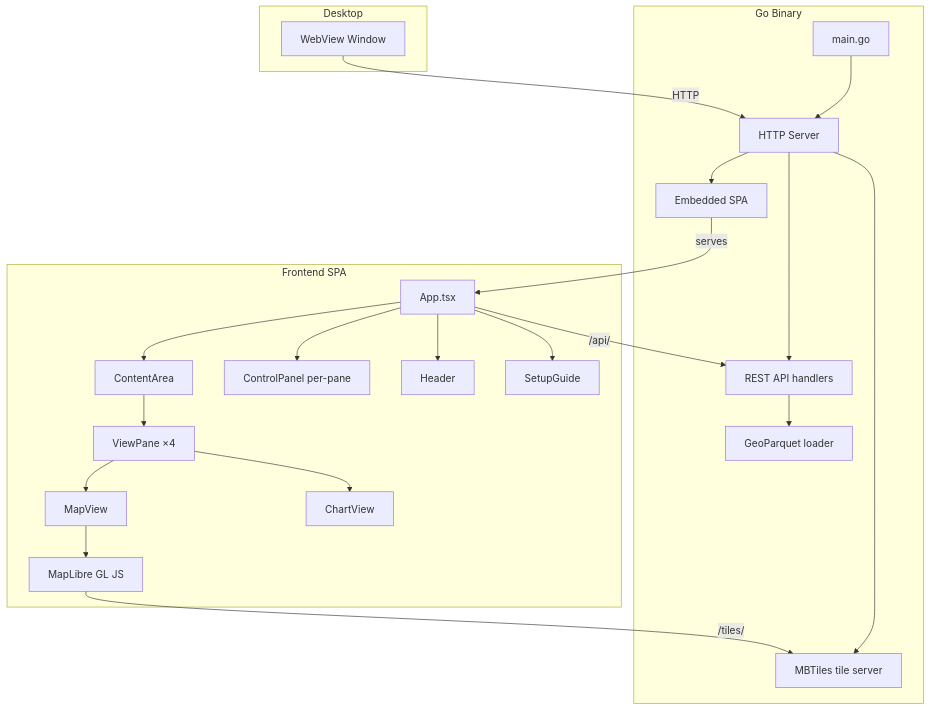
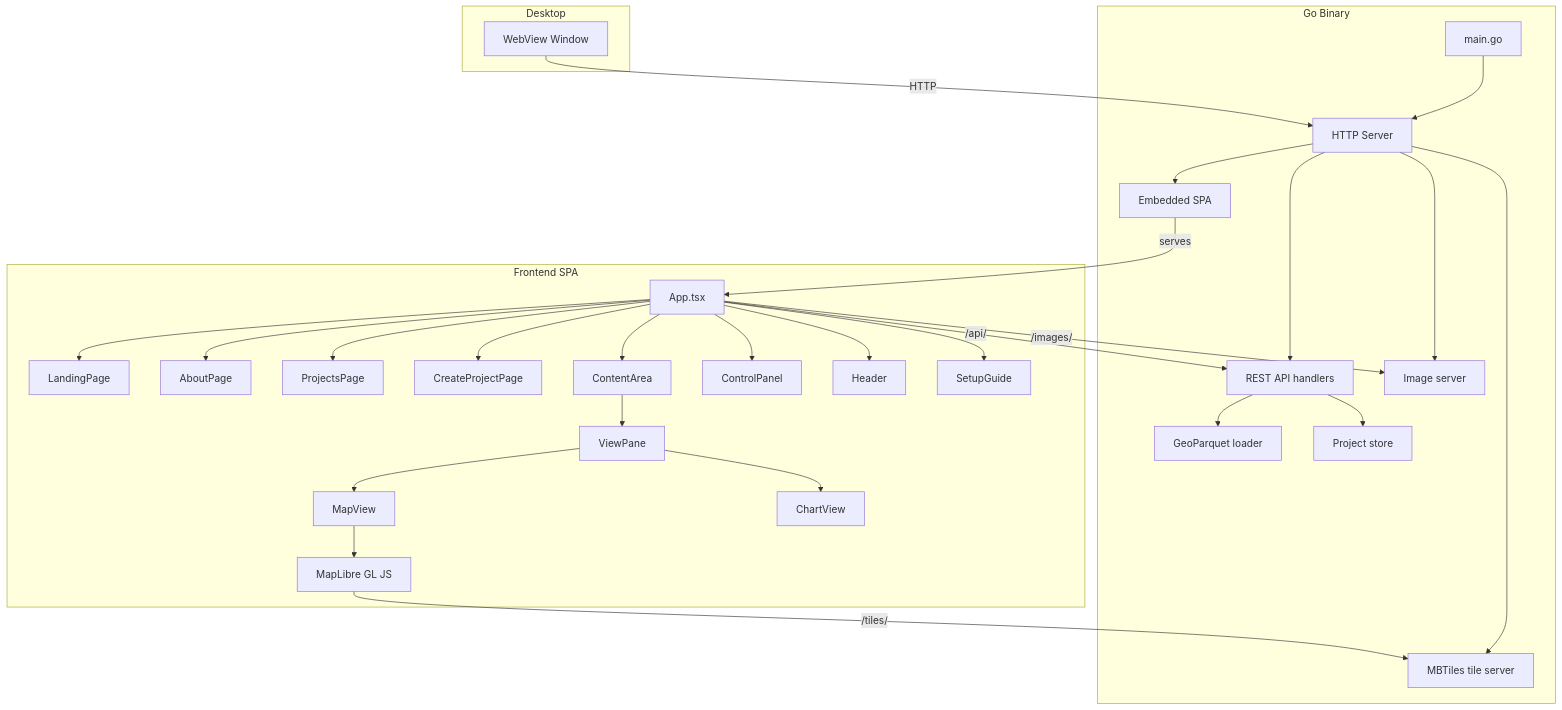
The diagram in docs/developer-guide/architecture.md (kartoza/DecisionTheatre), drawn with Mermaid before and after one commit. The commit also changed other lines of this file and 137 other files, not shown here.

First line of the commit message:
Add landing page system with project management and update documentation

````diff
--- a/docs/developer-guide/architecture.md
+++ b/docs/developer-guide/architecture.md
@@ -7,30 +7,37 @@
 ```mermaid
 graph TB
     subgraph Desktop
         WV[WebView Window]
     end
 
     subgraph Go Binary
         MAIN[main.go] --> SRV[HTTP Server]
         SRV --> API[REST API handlers]
         SRV --> TILES[MBTiles tile server]
         SRV --> STATIC[Embedded SPA]
+        SRV --> IMAGES[Image server]
         API --> GEO[GeoParquet loader]
+        API --> PROJ[Project store]
     end
 
     subgraph Frontend SPA
-        APP[App.tsx] --> CA[ContentArea]
-        CA --> VP[ViewPane ×4]
+        APP[App.tsx] --> LAND[LandingPage]
+        APP --> ABOUT[AboutPage]
+        APP --> PROJS[ProjectsPage]
+        APP --> CREATE[CreateProjectPage]
+        APP --> CA[ContentArea]
+        CA --> VP[ViewPane]
         VP --> MAP[MapView]
         VP --> CHT[ChartView]
-        APP --> CP[ControlPanel per-pane]
+        APP --> CP[ControlPanel]
         APP --> HDR[Header]
         APP --> SG[SetupGuide]
         MAP --> ML[MapLibre GL JS]
     end
 
     WV -->|HTTP| SRV
     STATIC -->|serves| APP
     ML -->|/tiles/| TILES
     APP -->|/api/| API
+    APP -->|/images/| IMAGES
 ```
````
